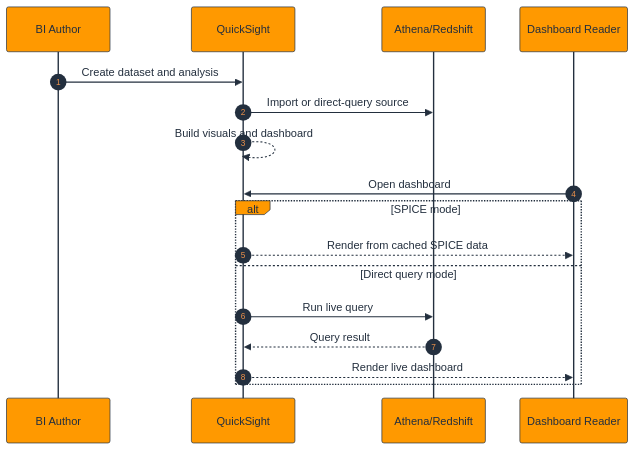
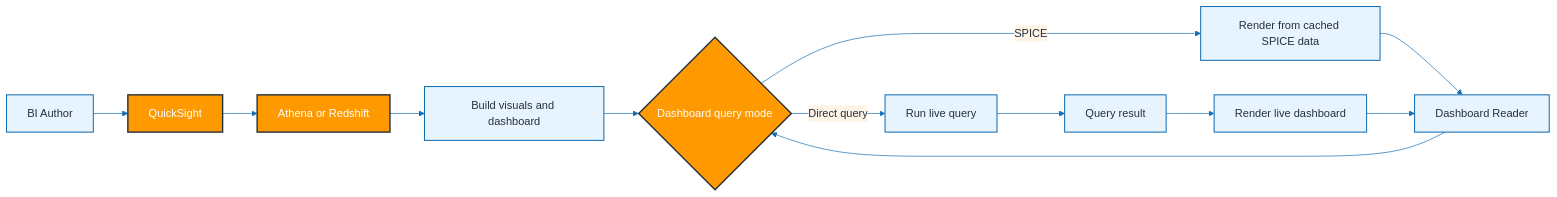
Before and after one commit to ShasidharReddy/AWS-Cloud-Engineer: diagram 21 of 29 in DataPipeline/README.md, drawn with Mermaid. The commit also changed other lines of this file and 14 other files, not shown here.

Commit message:
fix: resolve Mermaid rendering errors and add official AWS documentation links (#4)

````diff
--- a/DataPipeline/README.md
+++ b/DataPipeline/README.md
@@ -1436,20 +1430,19 @@
 ```mermaid
 %%{init: {"theme":"base","themeVariables":{"primaryColor":"#FF9900","primaryTextColor":"#232F3E","primaryBorderColor":"#232F3E","lineColor":"#146EB4","secondaryColor":"#FFF5E6","tertiaryColor":"#E8F4FD","fontFamily":"Arial"}}}%%
-sequenceDiagram
-  autonumber
-  participant Author as BI Author
-  participant QS as QuickSight
-  participant Src as Athena/Redshift
-  participant Reader as Dashboard Reader
-  Author->>QS: Create dataset and analysis
-  QS->>Src: Import or direct-query source
-  QS-->>QS: Build visuals and dashboard
-  Reader->>QS: Open dashboard
-  alt SPICE mode
-    QS-->>Reader: Render from cached SPICE data
-  else Direct query mode
-    QS->>Src: Run live query
-    Src-->>QS: Query result
-    QS-->>Reader: Render live dashboard
-  end
+flowchart LR
+  Author[BI Author] --> QS[QuickSight]
+  QS --> Source[Athena or Redshift]
+  Source --> Build[Build visuals and dashboard]
+  Reader[Dashboard Reader] --> Mode{Dashboard query mode}
+  Build --> Mode
+  Mode -->|SPICE| Spice[Render from cached SPICE data]
+  Mode -->|Direct query| LiveQuery[Run live query]
+  LiveQuery --> Result[Query result]
+  Result --> LiveRender[Render live dashboard]
+  Spice --> Reader
+  LiveRender --> Reader
+  classDef aws fill:#FF9900,stroke:#232F3E,color:#FFFFFF,stroke-width:2px;
+  classDef data fill:#E8F4FD,stroke:#146EB4,color:#232F3E,stroke-width:1.5px;
+  class QS,Source,Mode aws;
+  class Author,Build,Reader,Spice,LiveQuery,Result,LiveRender data;
 ```
````
